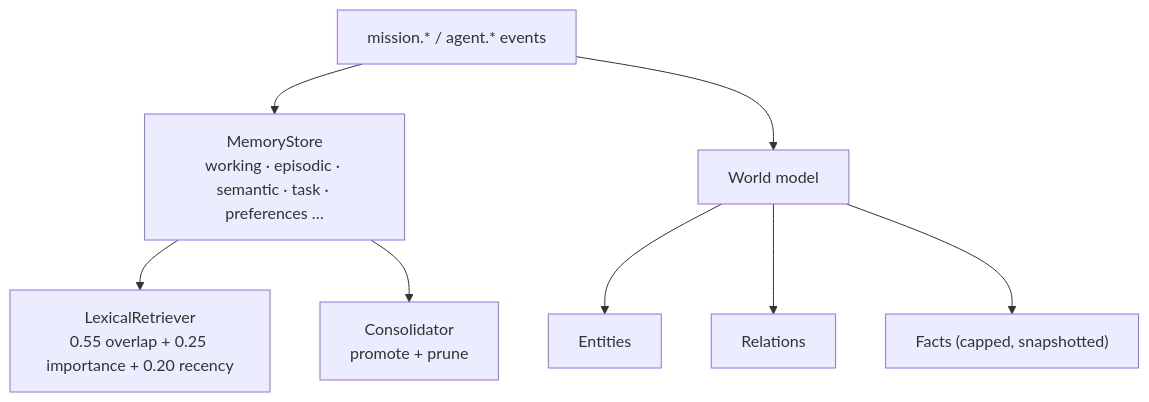
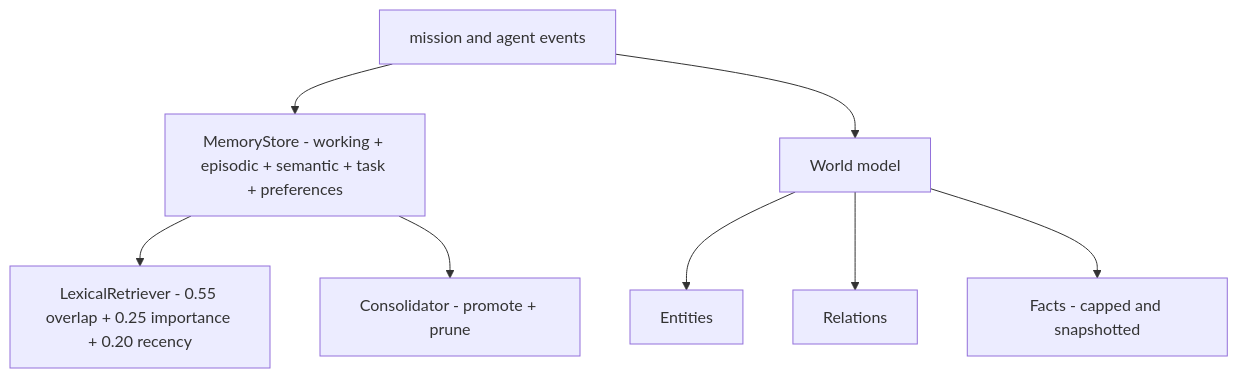
One commit to MrDecryptDecipher/EmilyOS changed the ninth of 18 diagrams in README.md. Above: the diagram before and after it, drawn with Mermaid. The commit also changed other lines of this file and 1 other file, not shown here.

First line of the commit message:
docs: fix Mermaid rendering on GitHub + add inline launch-film GIF

````diff
--- a/README.md
+++ b/README.md
@@ -277,10 +284,10 @@
 ```mermaid
 flowchart TB
-  EV["mission.* / agent.* events"] --> STORE["MemoryStore<br/>working · episodic · semantic · task · preferences …"]
-  STORE --> RET["LexicalRetriever<br/>0.55 overlap + 0.25 importance + 0.20 recency"]
-  STORE --> CONS["Consolidator<br/>promote + prune"]
+  EV["mission and agent events"] --> STORE["MemoryStore - working + episodic + semantic + task + preferences"]
+  STORE --> RET["LexicalRetriever - 0.55 overlap + 0.25 importance + 0.20 recency"]
+  STORE --> CONS["Consolidator - promote + prune"]
   EV --> WM["World model"]
   WM --> ENT["Entities"]
   WM --> REL["Relations"]
-  WM --> FACT["Facts (capped, snapshotted)"]
+  WM --> FACT["Facts - capped and snapshotted"]
 ```
````
